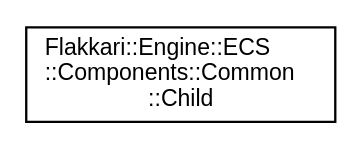
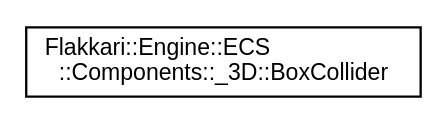
Before and after one commit to MasterLaplace/flakkari: the diagram in inherit_graph_7.dot, drawn with Graphviz. The commit also changed 456 other files, not shown here.

```diff
--- a/inherit_graph_7.dot
+++ b/inherit_graph_7.dot
@@ -1,8 +1,8 @@
 digraph "Graphical Class Hierarchy"
 {
  // LATEX_PDF_SIZE
   edge [fontname="Helvetica",fontsize="10",labelfontname="Helvetica",labelfontsize="10"];
   node [fontname="Helvetica",fontsize="10",shape=record];
   rankdir="LR";
-  Node0 [label="Flakkari::Engine::ECS\l::Components::Common\l::Child",height=0.2,width=0.4,color="black", fillcolor="white", style="filled",URL="$d8/d37/structFlakkari_1_1Engine_1_1ECS_1_1Components_1_1Common_1_1Child.html",tooltip="Child component for ECS entities that have a child entity attached to them."];
+  Node0 [label="Flakkari::Engine::ECS\l::Components::_3D::BoxCollider",height=0.2,width=0.4,color="black", fillcolor="white", style="filled",URL="$da/d14/structFlakkari_1_1Engine_1_1ECS_1_1Components_1_1__3D_1_1BoxCollider.html",tooltip="BoxCollider component for 3D entities."];
 }
```
